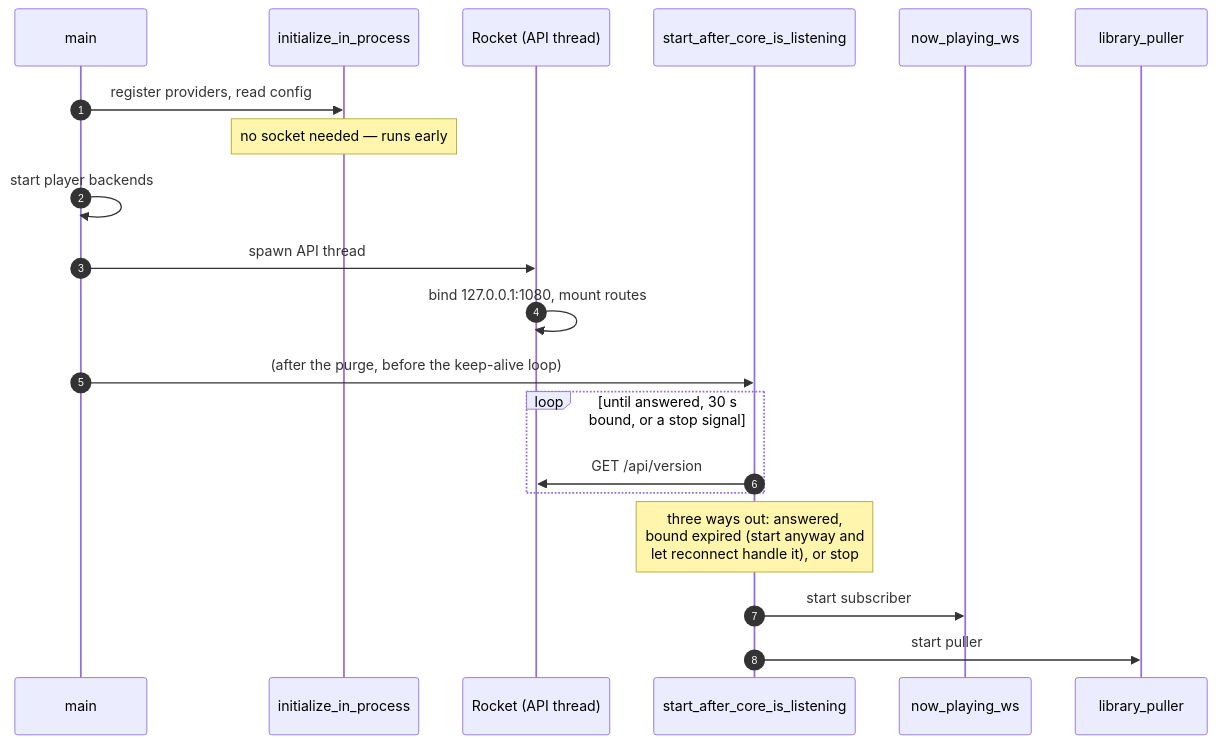
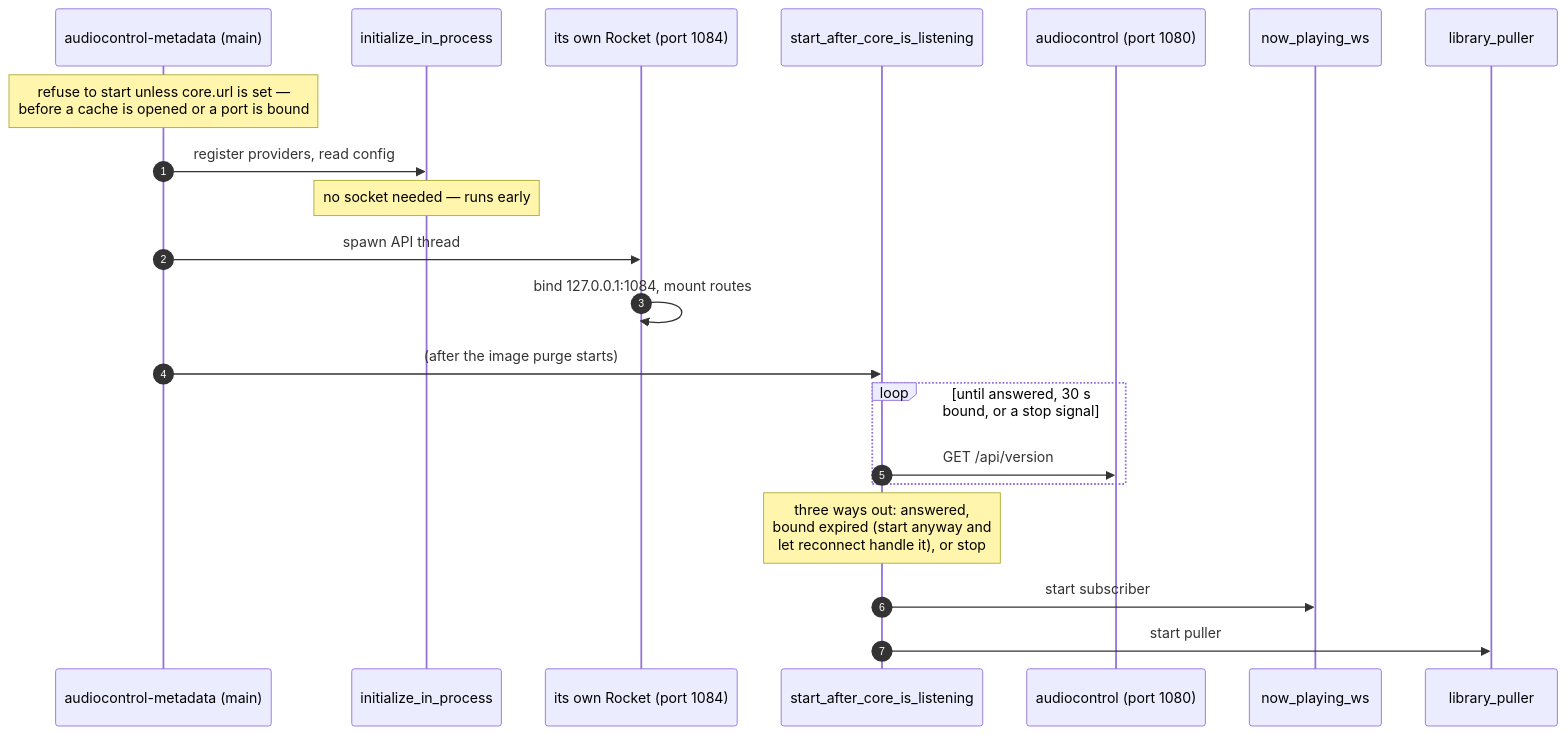
Before and after one commit to hifiberry/acr: the eighth of 8 diagrams in doc/communications.md, drawn with Mermaid. The commit also changed other lines of this file and 3 other files, not shown here.

````diff
--- a/doc/communications.md
+++ b/doc/communications.md
@@ -722,24 +739,25 @@
 ```mermaid
 sequenceDiagram
     autonumber
-    participant M as main
+    participant M as audiocontrol-metadata (main)
     participant IP as initialize_in_process
-    participant RK as Rocket (API thread)
+    participant MRK as its own Rocket (port 1084)
     participant ST as start_after_core_is_listening
+    participant RK as audiocontrol (port 1080)
     participant WS as now_playing_ws
     participant PULL as library_puller
 
+    Note over M: refuse to start unless core.url is set —<br/>before a cache is opened or a port is bound
     M->>IP: register providers, read config
     Note over IP: no socket needed — runs early
-    M->>M: start player backends
-    M->>RK: spawn API thread
-    RK->>RK: bind 127.0.0.1:1080, mount routes
-    M->>ST: (after the purge, before the keep-alive loop)
+    M->>MRK: spawn API thread
+    MRK->>MRK: bind 127.0.0.1:1084, mount routes
+    M->>ST: (after the image purge starts)
 
     loop until answered, 30 s bound, or a stop signal
         ST->>RK: GET /api/version
     end
     Note over ST: three ways out: answered,<br/>bound expired (start anyway and<br/>let reconnect handle it), or stop
     ST->>WS: start subscriber
     ST->>PULL: start puller
 ```
````
